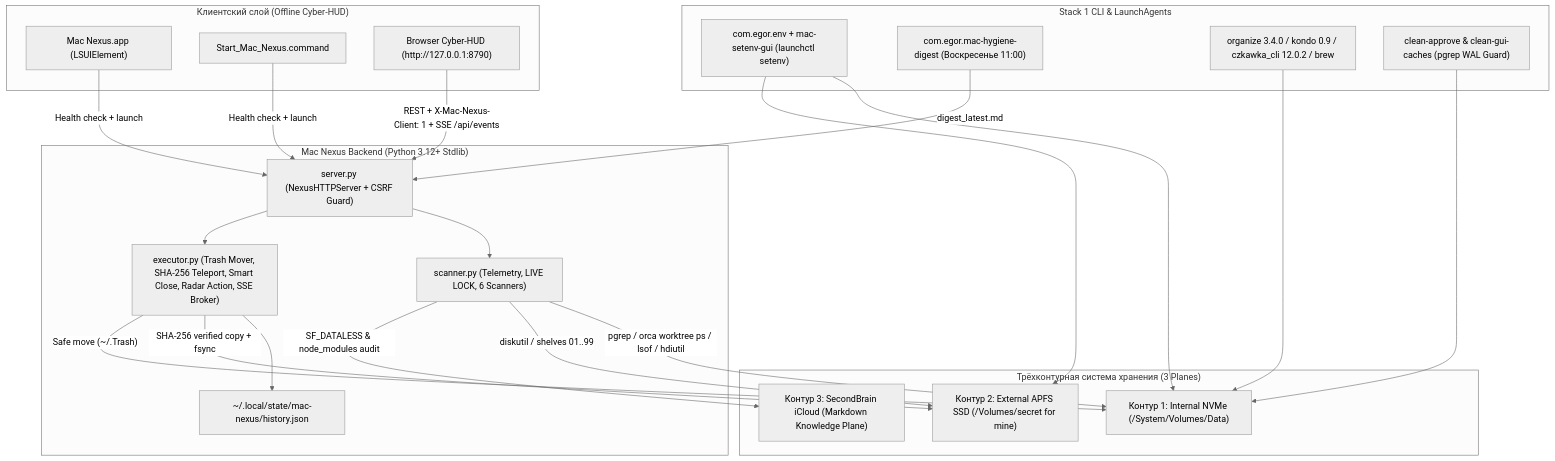
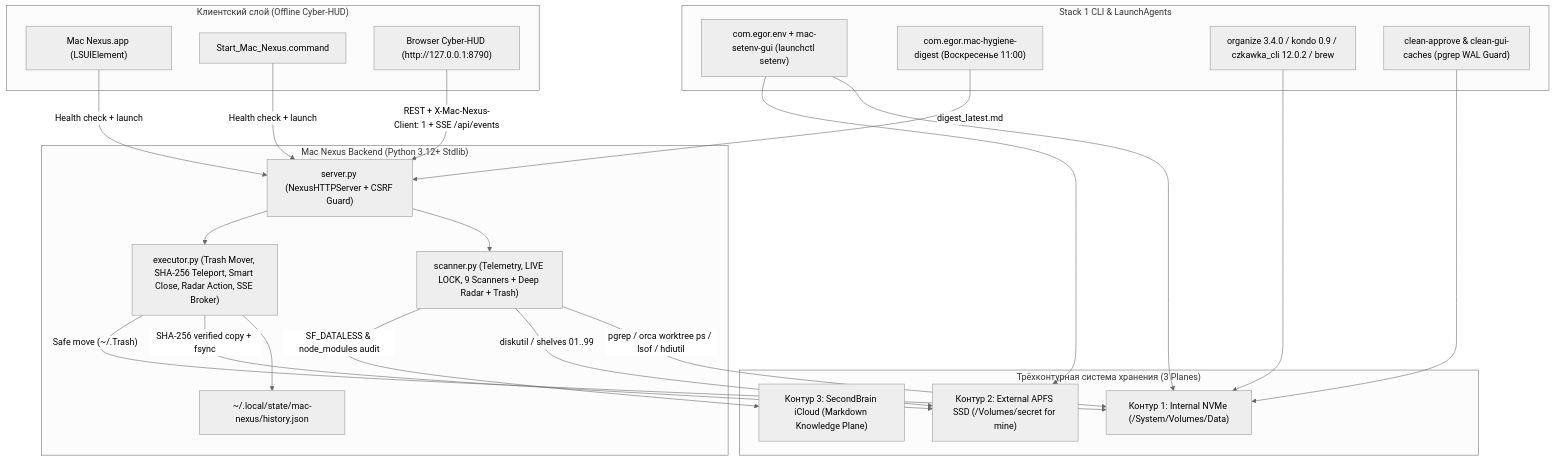
Before and after one commit to 1esan/mac-nexus: the diagram in README.md, drawn with Mermaid (neutral theme). The commit also changed other lines of this file and 12 other files, not shown here.

Commit message:
docs: align all v2.0.0 API schemas, test names, and source line anchors

````diff
--- a/README.md
+++ b/README.md
@@ -11,45 +11,45 @@
 ```mermaid
 flowchart TB
     subgraph Client["Клиентский слой (Offline Cyber-HUD)"]
         APP["Mac Nexus.app (LSUIElement)"]
         CMD["Start_Mac_Nexus.command"]
         HUD["Browser Cyber-HUD (http://127.0.0.1:8790)"]
     end
 
     subgraph Backend["Mac Nexus Backend (Python 3.12+ Stdlib)"]
         SRV["server.py (NexusHTTPServer + CSRF Guard)"]
-        SCN["scanner.py (Telemetry, LIVE LOCK, 6 Scanners)"]
+        SCN["scanner.py (Telemetry, LIVE LOCK, 9 Scanners + Deep Radar + Trash)"]
         EXC["executor.py (Trash Mover, SHA-256 Teleport, Smart Close, Radar Action, SSE Broker)"]
         HIST["~/.local/state/mac-nexus/history.json"]
     end
 
     subgraph HostAuto["Stack 1 CLI & LaunchAgents"]
         ENV["com.egor.env + mac-setenv-gui (launchctl setenv)"]
         DIG["com.egor.mac-hygiene-digest (Воскресенье 11:00)"]
         CLI["organize 3.4.0 / kondo 0.9 / czkawka_cli 12.0.2 / brew"]
         SCRIPTS["clean-approve & clean-gui-caches (pgrep WAL Guard)"]
     end
 
     subgraph Planes["Трёхконтурная система хранения (3 Planes)"]
         P1["Контур 1: Internal NVMe (/System/Volumes/Data)"]
         P2["Контур 2: External APFS SSD (/Volumes/secret for mine)"]
         P3["Контур 3: SecondBrain iCloud (Markdown Knowledge Plane)"]
     end
 
     APP -->|"Health check + launch"| SRV
     CMD -->|"Health check + launch"| SRV
     HUD -->|"REST + X-Mac-Nexus-Client: 1 + SSE /api/events"| SRV
     SRV --> SCN
     SRV --> EXC
     EXC --> HIST
     SCN -->|"pgrep / orca worktree ps / lsof / hdiutil"| P1
     SCN -->|"diskutil / shelves 01..99"| P2
     SCN -->|"SF_DATALESS & node_modules audit"| P3
     EXC -->|"SHA-256 verified copy + fsync"| P2
     EXC -->|"Safe move (~/.Trash)"| P1
     DIG -->|"digest_latest.md"| SRV
     ENV --> P1
     ENV --> P2
     CLI --> P1
     SCRIPTS --> P1
 ```
````
